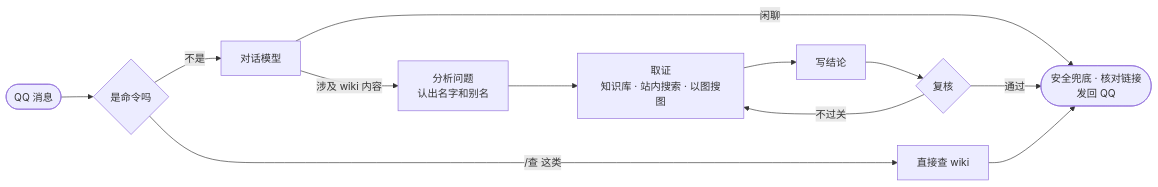
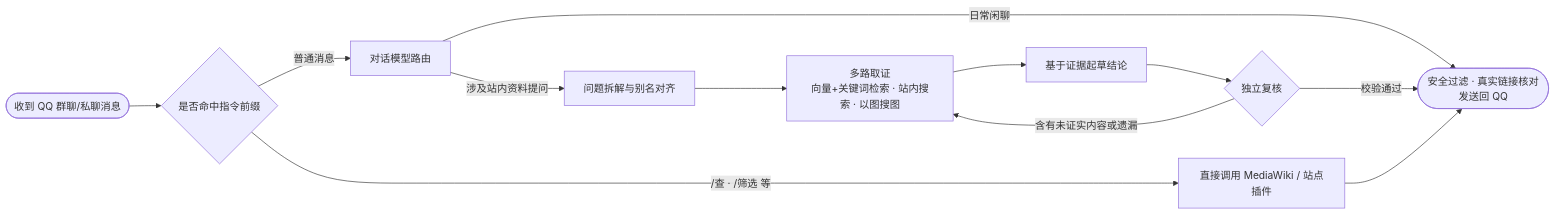
One commit to JianShanAgent/agent-core changed the diagram in README.md. Above: the diagram before and after it, drawn with Mermaid. The commit also changed other lines of this file and 63 other files, not shown here.

````diff
--- a/README.md
+++ b/README.md
@@ -75,14 +84,14 @@
 ```mermaid
 flowchart LR
-    Q([QQ 消息]) --> R{是命令吗}
-    R -- "/查 这类" --> W[直接查 wiki]
-    R -- 不是 --> C[对话模型]
-    C -- 闲聊 --> A
-    C -- 涉及 wiki 内容 --> S[分析问题<br>认出名字和别名]
-    S --> E[取证<br>知识库 · 站内搜索 · 以图搜图]
-    E --> D[写结论]
-    D --> V{复核}
-    V -- 不过关 --> E
-    V -- 通过 --> A
-    W --> A([安全兜底 · 核对链接<br>发回 QQ])
+    Q([收到 QQ 群聊/私聊消息]) --> R{是否命中指令前缀}
+    R -- "/查 · /筛选 等" --> W[直接调用 MediaWiki / 站点插件]
+    R -- 普通消息 --> C[对话模型路由]
+    C -- 日常闲聊 --> A
+    C -- 涉及站内资料提问 --> S[问题拆解与别名对齐]
+    S --> E[多路取证<br>向量+关键词检索 · 站内搜索 · 以图搜图]
+    E --> D[基于证据起草结论]
+    D --> V{独立复核}
+    V -- 含有未证实内容或遗漏 --> E
+    V -- 校验通过 --> A
+    W --> A([安全过滤 · 真实链接核对<br>发送回 QQ])
 ```
````
